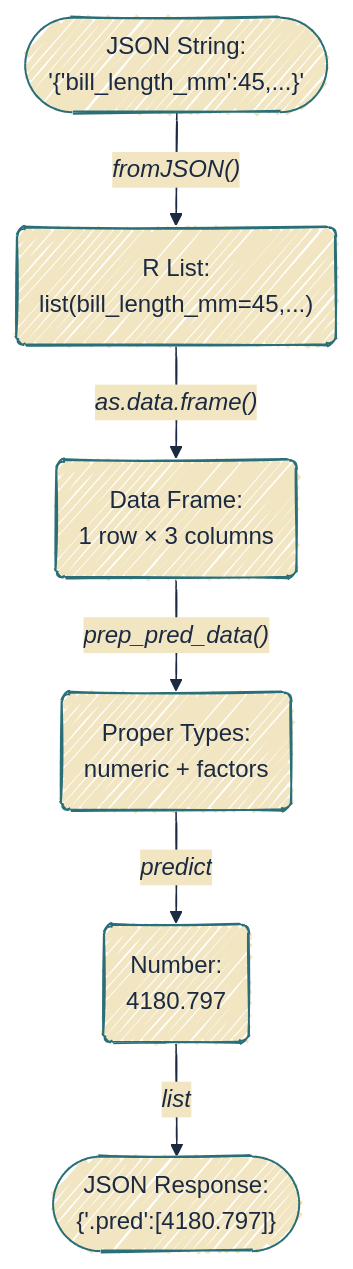
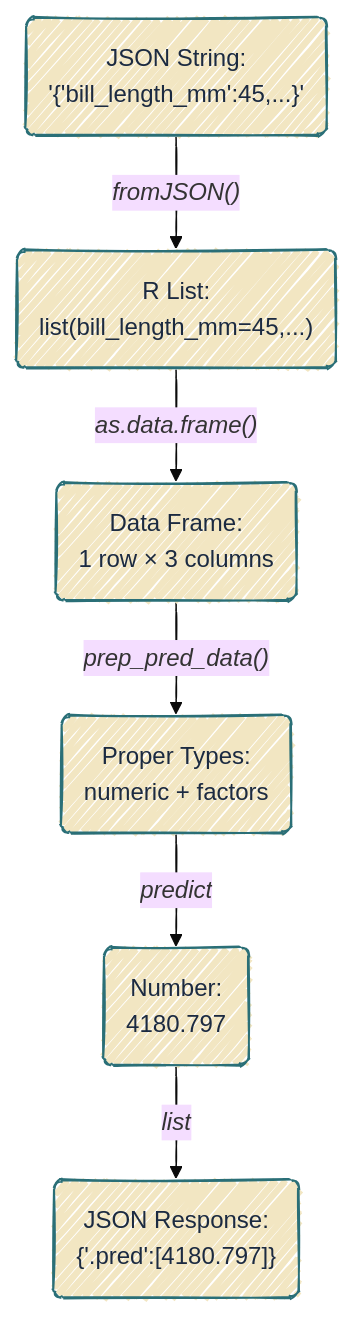
Before and after one commit to mjfrigaard/do4ds-labs: the fourth of 7 diagrams in plumber.qmd, drawn with Mermaid. The commit also changed other lines of this file and 37 other files, not shown here.

Commit message:
updates to mermaid

````diff
--- a/plumber.qmd
+++ b/plumber.qmd
@@ -847,20 +856,21 @@
 ```{mermaid}
 %%| fig-width: 7.0
 %%| fig-align: center
-%%{init: {'theme': 'base', 'look': 'handDrawn', 'themeVariables': { 'fontFamily': 'monospace', 'primaryColor': '#F2E6C2', 'primaryBorderColor': '#2A6F77', 'primaryTextColor': '#1B2A41', 'secondaryColor': '#d4e7e4', 'tertiaryColor': '#f5f0e4', 'lineColor': '#1B2A41', 'edgeLabelBackground': '#F2E6C2'}}}%%
+%%{init: {'theme': 'base', 'look': 'handDrawn', 'themeVariables': {'fontFamily': 'monospace'}}}%%
 
 graph TB
-    JSON(["JSON String:<br/>'{'bill_length_mm':45,...}'"])
+    JSON("JSON String:<br>'{'bill_length_mm':45,...}'")
     
-    JSON -->|"<em>fromJSON()</em>"| List("R List:<br/>list(bill_length_mm=45,...)")
+    JSON -->|"<em>fromJSON()</em>"| List("R List:<br>list(bill_length_mm=45,...)")
     
-    List -->|"<em>as.data.frame()</em>"| DF("Data Frame:<br/>1 row × 3 columns")
+    List -->|"<em>as.data.frame()</em>"| DF("Data Frame:<br>1 row × 3 columns")
     
-    DF -->|"<em>prep_pred_data()</em>"| Factors("Proper Types:<br/>numeric + factors")
+    DF -->|"<em>prep_pred_data()</em>"| Factors("Proper Types:<br>numeric + factors")
     
-    Factors -->|"<em>predict</em>"| Result("Number:<br/>4180.797")
+    Factors -->|"<em>predict</em>"| Result("Number:<br>4180.797")
     
-    Result -->|"<em>list</em>"| Response(["JSON Response:<br/>{'.pred':[4180.797]}"])
+    Result -->|"<em>list</em>"| Response("JSON Response:<br>{'.pred':[4180.797]}")
+    classDef default fill:#F2E6C2,stroke:#2A6F77,color:#1B2A41
     
     
 ```
````
